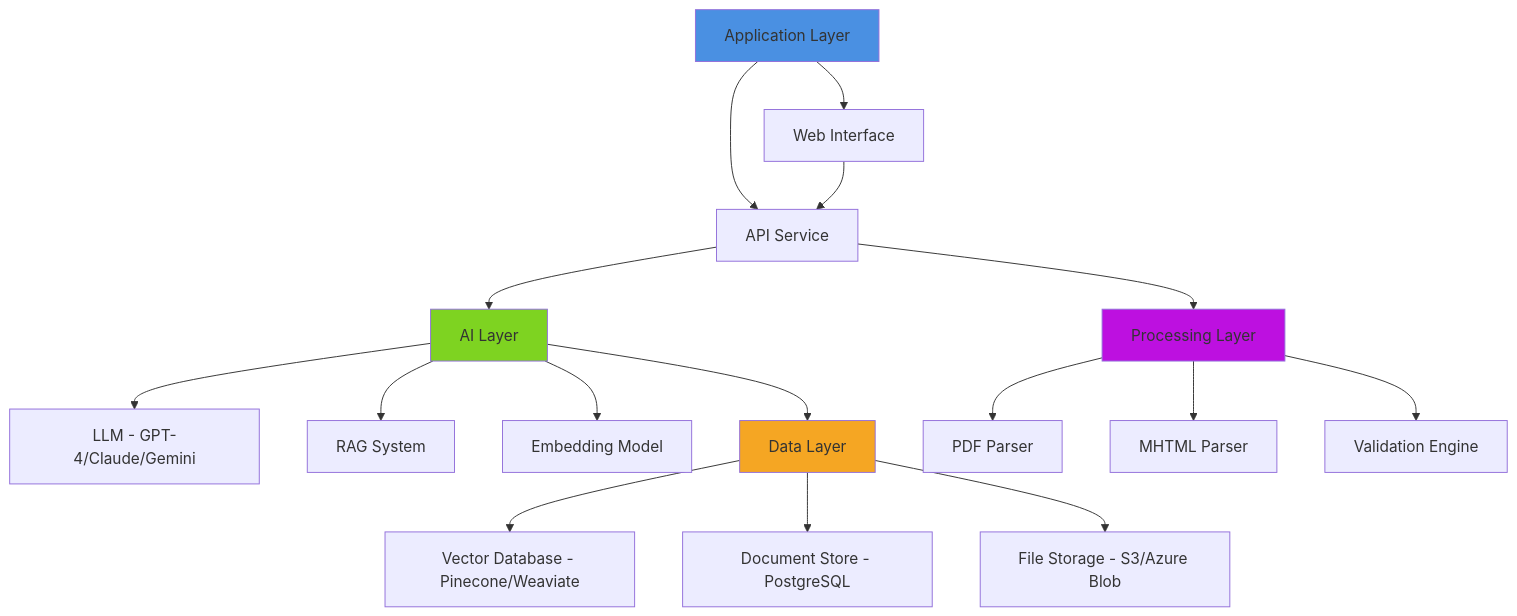
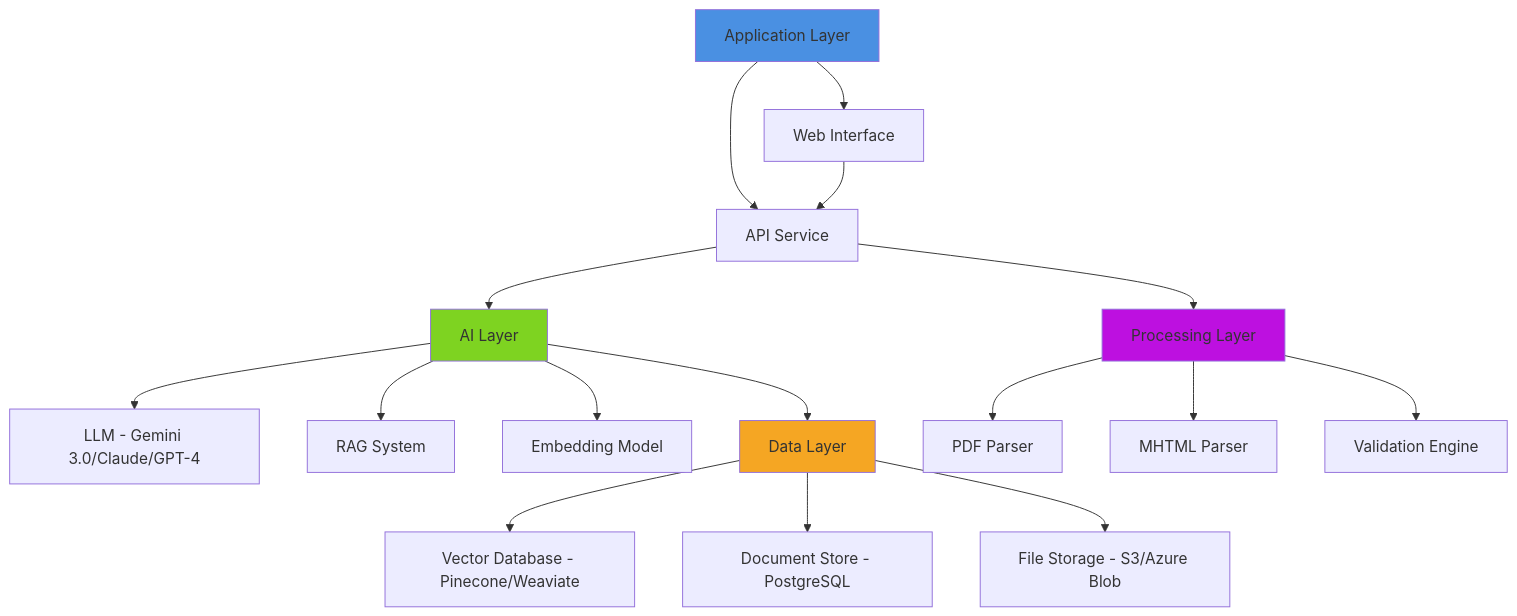
Before and after one commit to ehuggz1/physics-rubrics: diagram 11 of 13 in AG_ProjectPlan.md, drawn with Mermaid. The commit also changed other lines of this file, not shown here.

Commit message:
Add comprehensive AI project plan with Gemini 3.0 evaluation

````diff
--- a/AG_ProjectPlan.md
+++ b/AG_ProjectPlan.md
@@ -519,27 +543,27 @@
 ```mermaid
 graph TB
     A[Application Layer] --> B[Web Interface]
     A --> C[API Service]
     
-    D[AI Layer] --> E[LLM - GPT-4/Claude/Gemini]
+    D[AI Layer] --> E[LLM - Gemini 3.0/Claude/GPT-4]
     D --> F[RAG System]
     D --> G[Embedding Model]
     
     H[Data Layer] --> I[Vector Database - Pinecone/Weaviate]
     H --> J[Document Store - PostgreSQL]
     H --> K[File Storage - S3/Azure Blob]
     
     L[Processing Layer] --> M[PDF Parser]
     L --> N[MHTML Parser]
     L --> O[Validation Engine]
     
     B --> C
     C --> D
     D --> H
     C --> L
     
     style A fill:#4A90E2
     style D fill:#7ED321
     style H fill:#F5A623
     style L fill:#BD10E0
 ```
````
